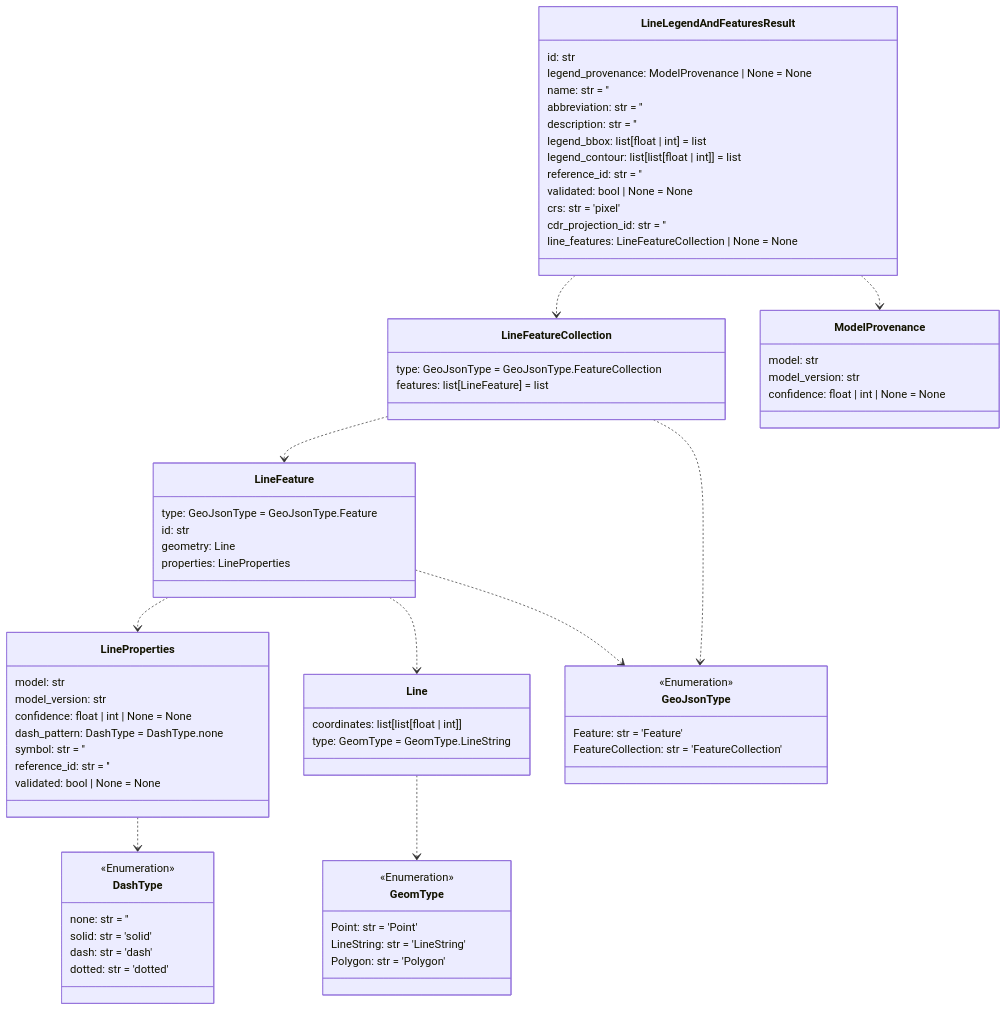
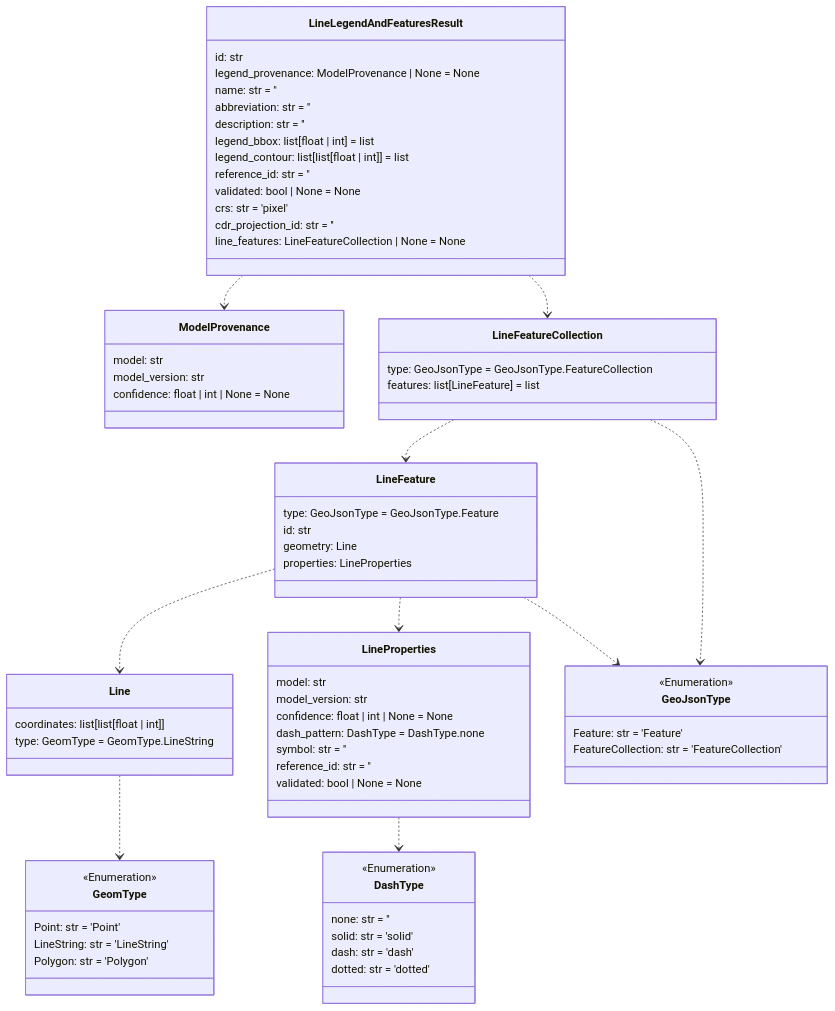
Before and after one commit to DARPA-CRITICALMAAS/cdr_schemas: the sixth of 14 diagrams in README.md, drawn with Mermaid. The commit also changed other lines of this file, not shown here.

````diff
--- a/README.md
+++ b/README.md
@@ -452,84 +452,84 @@
 ```mermaid
 classDiagram
+
+    class LineFeature {
+        type: GeoJsonType = GeoJsonType.Feature
+        id: str
+        geometry: Line
+        properties: LineProperties
+    }
 
     class LineLegendAndFeaturesResult {
         id: str
         legend_provenance: ModelProvenance | None = None
         name: str = ''
         abbreviation: str = ''
         description: str = ''
         legend_bbox: list[float | int] = list
         legend_contour: list[list[float | int]] = list
         reference_id: str = ''
         validated: bool | None = None
         crs: str = 'pixel'
         cdr_projection_id: str = ''
         line_features: LineFeatureCollection | None = None
     }
 
-    class Line {
-        coordinates: list[list[float | int]]
-        type: GeomType = GeomType.LineString
-    }
-
-    class DashType {
-        <<Enumeration>>
-        none: str = ''
-        solid: str = 'solid'
-        dash: str = 'dash'
-        dotted: str = 'dotted'
-    }
-
-    class LineFeatureCollection {
-        type: GeoJsonType = GeoJsonType.FeatureCollection
-        features: list[LineFeature] = list
-    }
-
     class LineProperties {
         model: str
         model_version: str
         confidence: float | int | None = None
         dash_pattern: DashType = DashType.none
         symbol: str = ''
         reference_id: str = ''
         validated: bool | None = None
     }
 
-    class LineFeature {
-        type: GeoJsonType = GeoJsonType.Feature
-        id: str
-        geometry: Line
-        properties: LineProperties
+    class ModelProvenance {
+        model: str
+        model_version: str
+        confidence: float | int | None = None
+    }
+
+    class Line {
+        coordinates: list[list[float | int]]
+        type: GeomType = GeomType.LineString
     }
 
     class GeoJsonType {
         <<Enumeration>>
         Feature: str = 'Feature'
         FeatureCollection: str = 'FeatureCollection'
     }
 
-    class ModelProvenance {
-        model: str
-        model_version: str
-        confidence: float | int | None = None
+    class LineFeatureCollection {
+        type: GeoJsonType = GeoJsonType.FeatureCollection
+        features: list[LineFeature] = list
+    }
+
+    class DashType {
+        <<Enumeration>>
+        none: str = ''
+        solid: str = 'solid'
+        dash: str = 'dash'
+        dotted: str = 'dotted'
     }
 
     class GeomType {
         <<Enumeration>>
         Point: str = 'Point'
         LineString: str = 'LineString'
         Polygon: str = 'Polygon'
     }
 
     Line ..> GeomType
     LineProperties ..> DashType
+    LineFeature ..> GeoJsonType
+    LineFeature ..> Line
     LineFeature ..> LineProperties
-    LineFeature ..> Line
-    LineFeature ..> GeoJsonType
     LineFeatureCollection ..> LineFeature
     LineFeatureCollection ..> GeoJsonType
+    LineLegendAndFeaturesResult ..> LineFeatureCollection
     LineLegendAndFeaturesResult ..> ModelProvenance
-    LineLegendAndFeaturesResult ..> LineFeatureCollection
 
 
 ```
````
